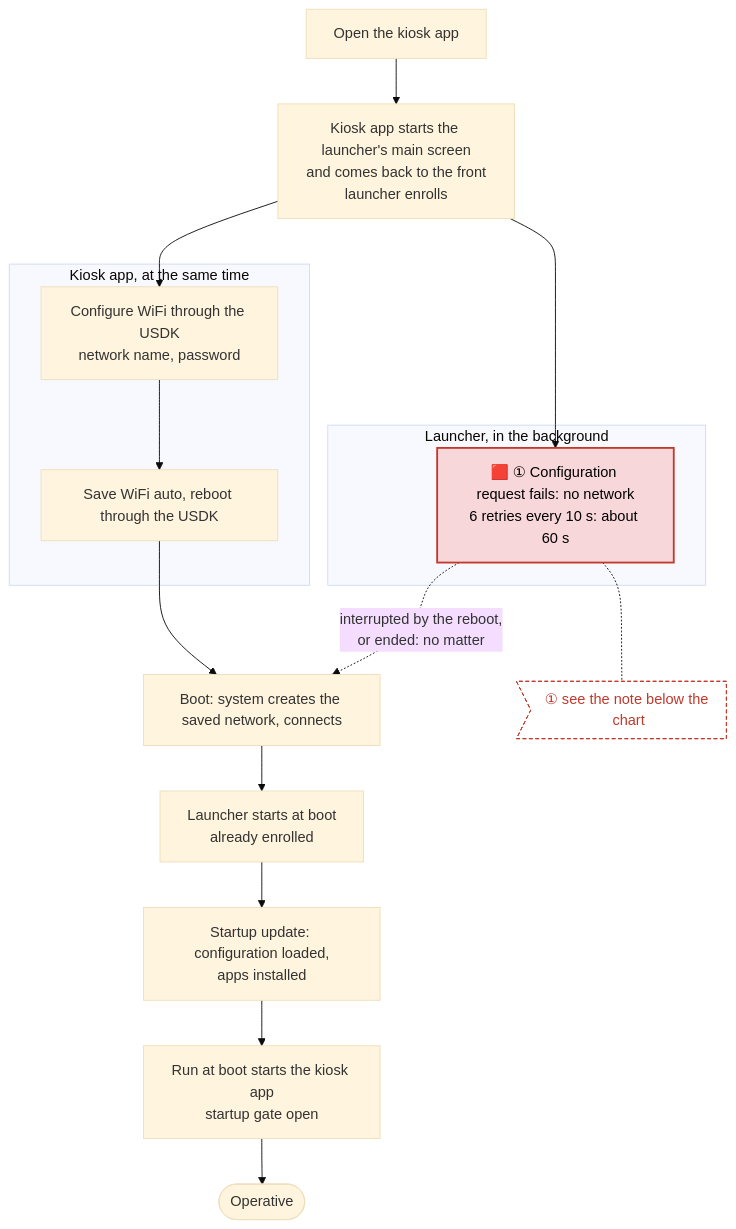
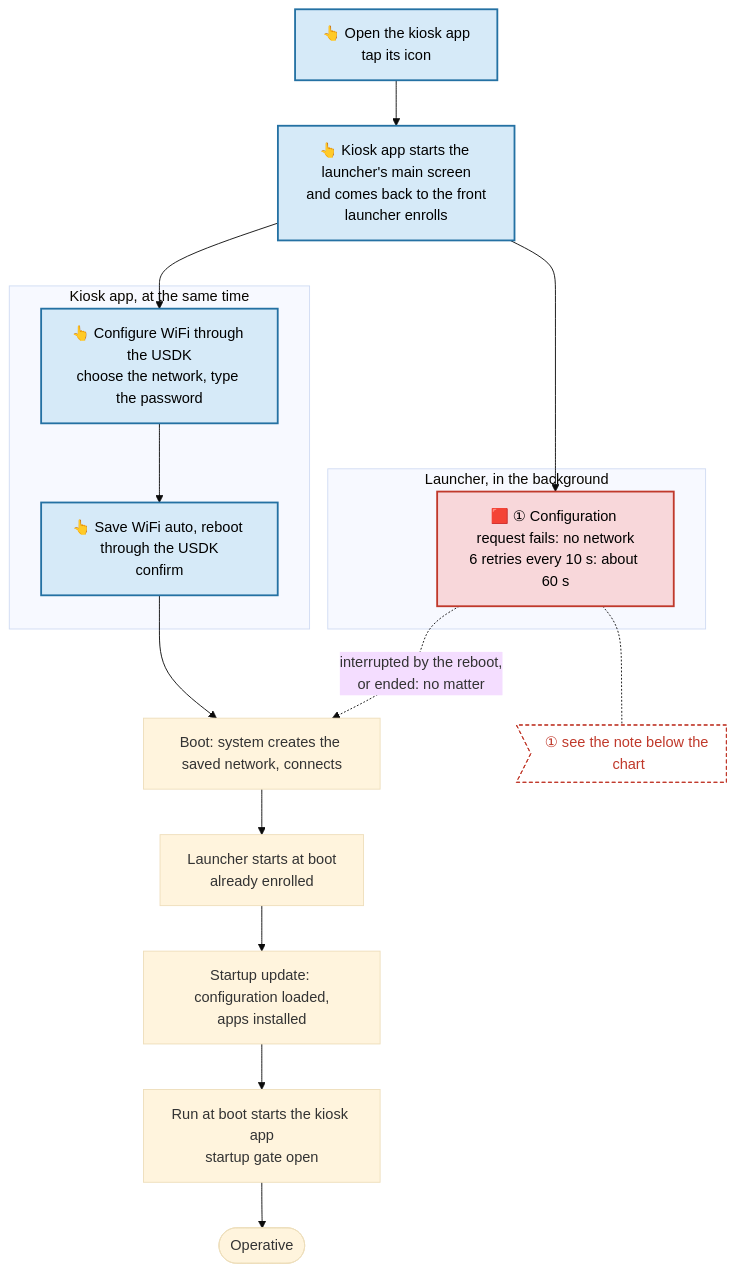
Before and after one commit to rch-fw/HmdmChangeDeviceNumber: the third of 4 diagrams in docs/wifi-setup.md, drawn with Mermaid (base theme). The commit also changed other lines of this file, not shown here.

Commit message:
Docs: highlight in blue the user interaction steps of the WiFi setup procedures

````diff
--- a/docs/wifi-setup.md
+++ b/docs/wifi-setup.md
@@ -200,22 +204,24 @@
 ```mermaid
 flowchart TD
-    A[Open the kiosk app] --> B[Kiosk app starts the launcher's main screen<br/>and comes back to the front<br/>launcher enrolls]
+    A[👆 Open the kiosk app<br/>tap its icon] --> B[👆 Kiosk app starts the launcher's main screen<br/>and comes back to the front<br/>launcher enrolls]
     B --> P1 & P2
     subgraph L1 [Launcher, in the background]
         P1[🟥 ① Configuration request fails: no network<br/>6 retries every 10 s: about 60 s]
     end
     subgraph U1 [Kiosk app, at the same time]
-        P2[Configure WiFi through the USDK<br/>network name, password] --> D[Save WiFi auto, reboot through the USDK]
+        P2[👆 Configure WiFi through the USDK<br/>choose the network, type the password] --> D[👆 Save WiFi auto, reboot through the USDK<br/>confirm]
     end
     P1 -. interrupted by the reboot,<br/>or ended: no matter .-> E
     D --> E[Boot: system creates the saved network, connects]
     E --> F[Launcher starts at boot<br/>already enrolled]
     F --> G[Startup update: configuration loaded,<br/>apps installed]
     G --> H[Run at boot starts the kiosk app<br/>startup gate open]
     H --> K([Operative])
     classDef delay60 fill:#f8d7da,stroke:#c0392b,stroke-width:2px,color:#000
     class P1 delay60
     P1 -.- N1>"① see the note below the chart"]
     class N1 note60
     classDef note60 fill:#fff,stroke:#c0392b,stroke-dasharray:4 3,color:#c0392b
+    classDef user fill:#d6eaf8,stroke:#2471a3,stroke-width:2px,color:#000
+    class A,B,P2,D user
 ```
````
